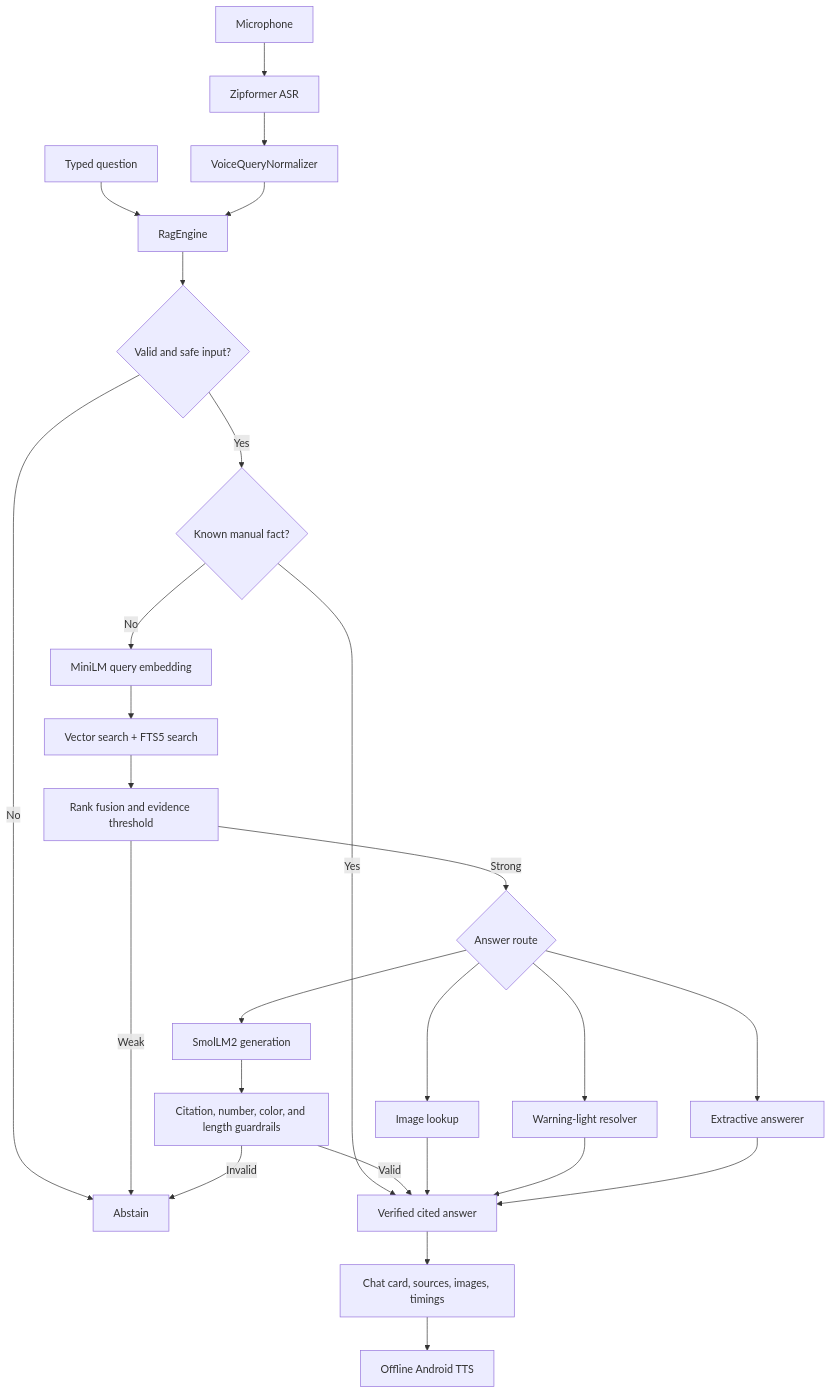
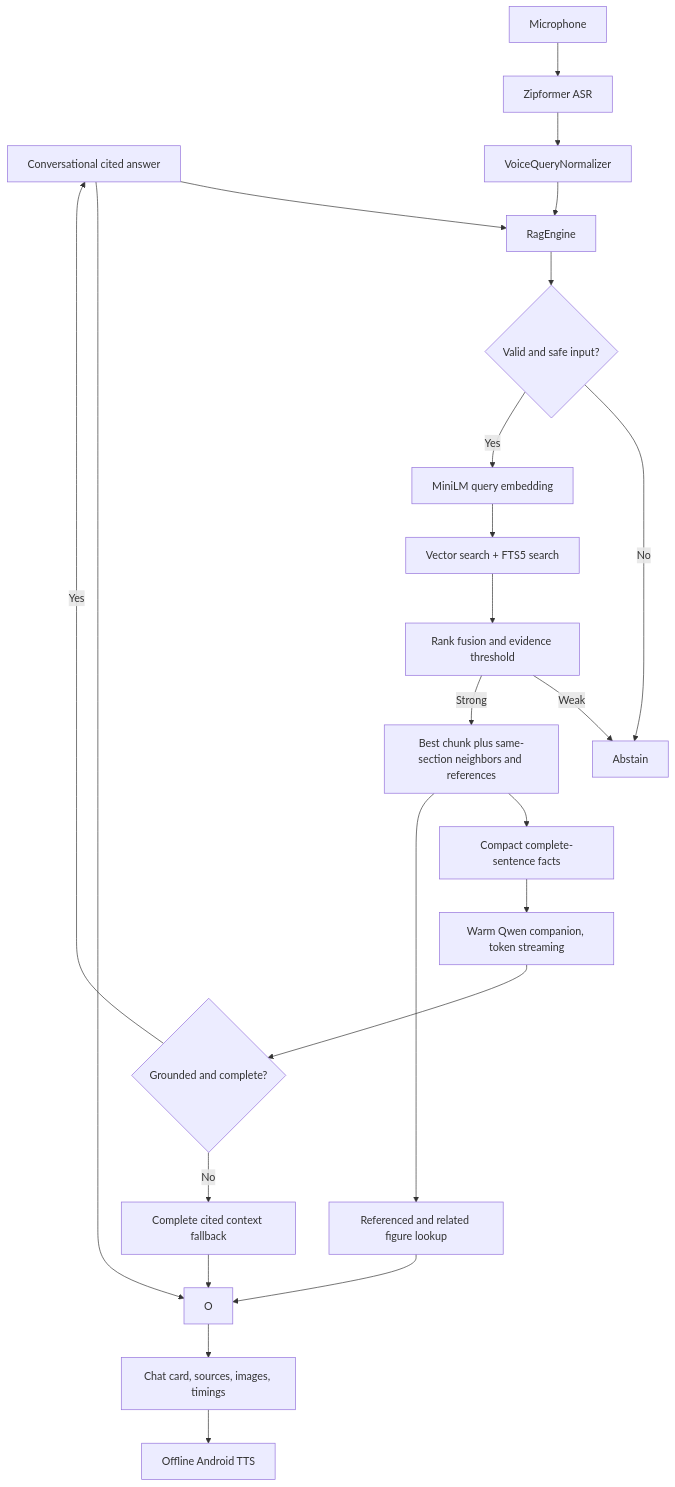
Before and after one commit to PavelCristi311/CarManualRAG-Chatbot: the diagram in README.md, drawn with Mermaid. The commit also changed other lines of this file and 40 other files, not shown here.

````diff
--- a/README.md
+++ b/README.md
@@ -33,28 +37,25 @@
 ```mermaid
 flowchart TD
     A[Typed question] --> D[RagEngine]
     B[Microphone] --> C[Zipformer ASR]
     C --> N[VoiceQueryNormalizer]
     N --> D
     D --> I{Valid and safe input?}
     I -- No --> Z[Abstain]
-    I -- Yes --> F{Known manual fact?}
-    F -- Yes --> O[Verified cited answer]
-    F -- No --> E[MiniLM query embedding]
+    I -- Yes --> E[MiniLM query embedding]
     E --> H[Vector search + FTS5 search]
     H --> S[Rank fusion and evidence threshold]
     S -- Weak --> Z
-    S -- Strong --> R{Answer route}
-    R --> V[Image lookup]
-    R --> W[Warning-light resolver]
-    R --> X[Extractive answerer]
-    R --> L[SmolLM2 generation]
-    L --> G[Citation, number, color, and length guardrails]
-    G -- Invalid --> Z
-    G -- Valid --> O
+    S -- Strong --> R[Best chunk plus same-section neighbors and references]
+    R --> G[Compact complete-sentence facts]
+    G --> Q[Warm Qwen companion, token streaming]
+    Q --> X{Grounded and complete?}
+    X -- No --> F[Complete cited context fallback]
+    X -- Yes --> A[Conversational cited answer]
+    R --> V[Referenced and related figure lookup]
+    A --> O
+    F --> O
     V --> O
-    W --> O
-    X --> O
     O --> U[Chat card, sources, images, timings]
     U --> T[Offline Android TTS]
 ```
````
